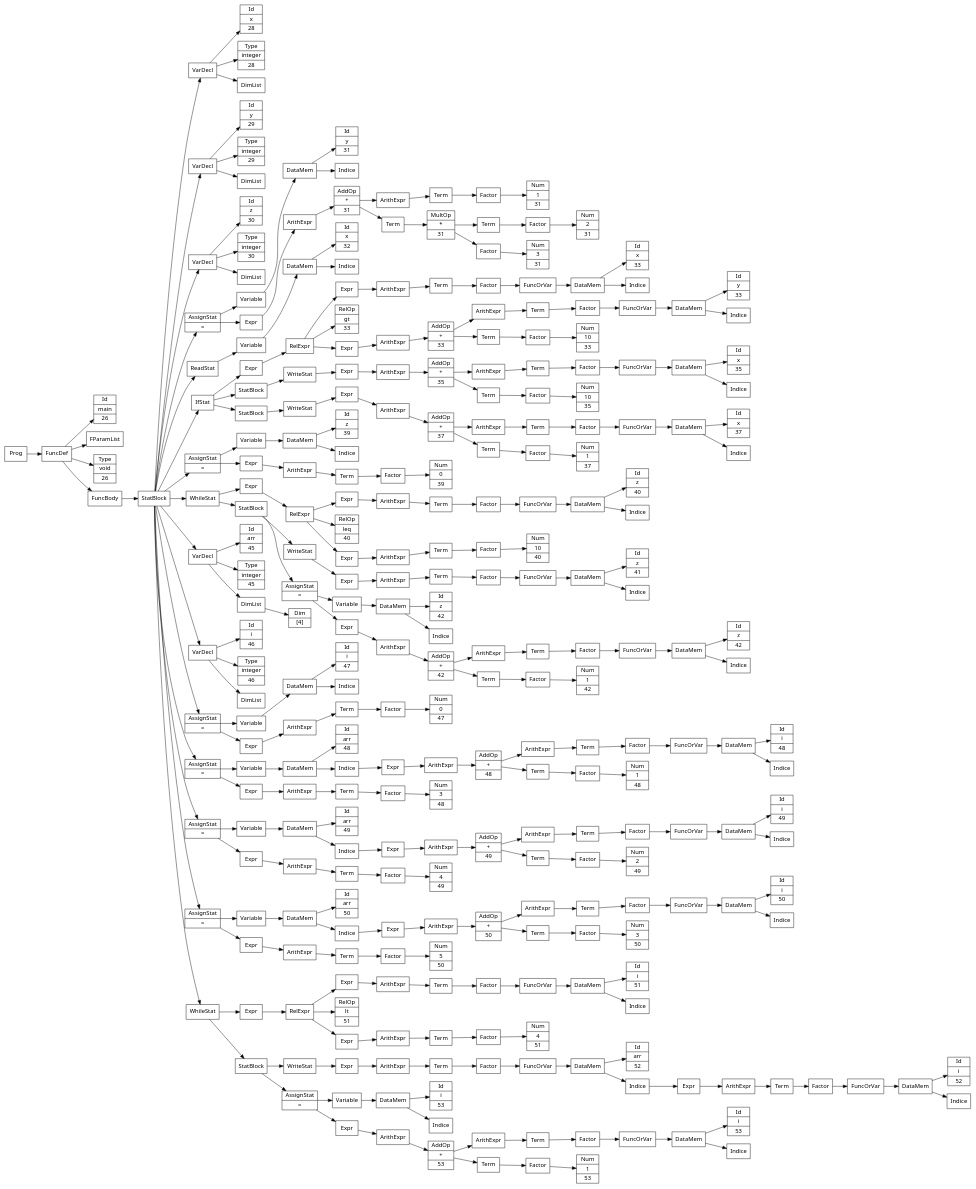
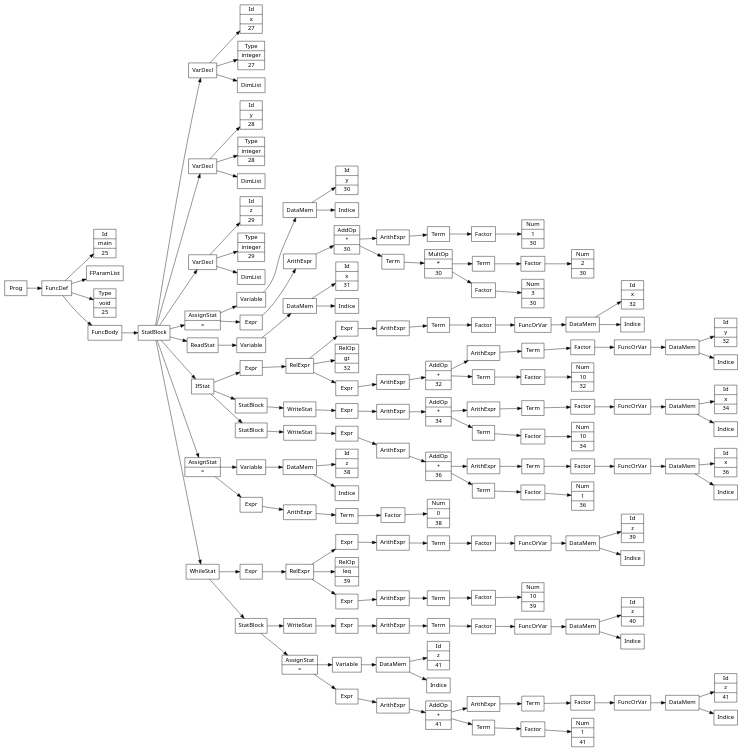
One commit to neonapinto/Compiler-Design---moon changed the diagram in testcases/CodeGeneration/simplemain.dot. Above: the diagram before and after it, drawn with Graphviz. The commit also changed 55 other files, not shown here.

```diff
--- a/testcases/CodeGeneration/simplemain.dot
+++ b/testcases/CodeGeneration/simplemain.dot
@@ -1,379 +1,202 @@
 digraph AST {
 node [shape=record];
 node [fontname=Sans];charset="UTF-8" splines=true splines=spline rankdir =LR
-1536 -> 1535 -> 1243;
-1243[label="Id | main | 26"]
-1535 -> 1244;
-1244[label="FParamList"]
-1535 -> 1245;
-1245[label="Type | void | 26"]
-1535 -> 1534 -> 1533 -> 1249 -> 1246;
-1246[label="Id | x | 28"]
-1249 -> 1247;
-1247[label="Type | integer | 28"]
-1249 -> 1248;
-1248[label="DimList"]
-1249[label="VarDecl"];
-1533 -> 1253 -> 1250;
-1250[label="Id | y | 29"]
-1253 -> 1251;
-1251[label="Type | integer | 29"]
-1253 -> 1252;
-1252[label="DimList"]
-1253[label="VarDecl"];
-1533 -> 1257 -> 1254;
-1254[label="Id | z | 30"]
-1257 -> 1255;
-1255[label="Type | integer | 30"]
-1257 -> 1256;
-1256[label="DimList"]
-1257[label="VarDecl"];
-1533 -> 1276 -> 1261 -> 1260 -> 1258;
-1258[label="Id | y | 31"]
-1260 -> 1259;
-1259[label="Indice"]
-1260[label="DataMem"];
-1261[label="Variable"];
-1276 -> 1275 -> 1274 -> 1266 -> 1265 -> 1264 -> 1263 -> 1262;
-1262[label="Num | 1 | 31"]
-1263[label="Factor"];
-1264[label="Term"];
-1265[label="ArithExpr"];
-1266 -> 1273 -> 1270 -> 1269 -> 1268 -> 1267;
-1267[label="Num | 2 | 31"]
-1268[label="Factor"];
-1269[label="Term"];
-1270 -> 1272 -> 1271;
-1271[label="Num | 3 | 31"]
-1272[label="Factor"];
-1270[label="MultOp | * | 31"];
-1273[label="Term"];
-1266[label="AddOp | + | 31"];
-1274[label="ArithExpr"];
-1275[label="Expr"];
-1276[label="AssignStat | ="];
-1533 -> 1281 -> 1280 -> 1279 -> 1277;
-1277[label="Id | x | 32"]
-1279 -> 1278;
-1278[label="Indice"]
-1279[label="DataMem"];
-1280[label="Variable"];
-1281[label="ReadStat"];
-1533 -> 1336 -> 1305 -> 1304 -> 1289 -> 1288 -> 1287 -> 1286 -> 1285 -> 1284 -> 1282;
-1282[label="Id | x | 33"]
-1284 -> 1283;
-1283[label="Indice"]
-1284[label="DataMem"];
-1285[label="FuncOrVar"];
-1286[label="Factor"];
-1287[label="Term"];
-1288[label="ArithExpr"];
-1289[label="Expr"];
-1304 -> 1290;
-1290[label="RelOp | gt | 33"]
-1304 -> 1303 -> 1302 -> 1298 -> 1297 -> 1296 -> 1295 -> 1294 -> 1293 -> 1291;
-1291[label="Id | y | 33"]
-1293 -> 1292;
-1292[label="Indice"]
-1293[label="DataMem"];
-1294[label="FuncOrVar"];
-1295[label="Factor"];
-1296[label="Term"];
-1297[label="ArithExpr"];
-1298 -> 1301 -> 1300 -> 1299;
-1299[label="Num | 10 | 33"]
-1300[label="Factor"];
-1301[label="Term"];
-1298[label="AddOp | + | 33"];
-1302[label="ArithExpr"];
+1393 -> 1392 -> 1241;
+1241[label="Id | main | 25"]
+1392 -> 1242;
+1242[label="FParamList"]
+1392 -> 1243;
+1243[label="Type | void | 25"]
+1392 -> 1391 -> 1390 -> 1247 -> 1244;
+1244[label="Id | x | 27"]
+1247 -> 1245;
+1245[label="Type | integer | 27"]
+1247 -> 1246;
+1246[label="DimList"]
+1247[label="VarDecl"];
+1390 -> 1251 -> 1248;
+1248[label="Id | y | 28"]
+1251 -> 1249;
+1249[label="Type | integer | 28"]
+1251 -> 1250;
+1250[label="DimList"]
+1251[label="VarDecl"];
+1390 -> 1255 -> 1252;
+1252[label="Id | z | 29"]
+1255 -> 1253;
+1253[label="Type | integer | 29"]
+1255 -> 1254;
+1254[label="DimList"]
+1255[label="VarDecl"];
+1390 -> 1274 -> 1259 -> 1258 -> 1256;
+1256[label="Id | y | 30"]
+1258 -> 1257;
+1257[label="Indice"]
+1258[label="DataMem"];
+1259[label="Variable"];
+1274 -> 1273 -> 1272 -> 1264 -> 1263 -> 1262 -> 1261 -> 1260;
+1260[label="Num | 1 | 30"]
+1261[label="Factor"];
+1262[label="Term"];
+1263[label="ArithExpr"];
+1264 -> 1271 -> 1268 -> 1267 -> 1266 -> 1265;
+1265[label="Num | 2 | 30"]
+1266[label="Factor"];
+1267[label="Term"];
+1268 -> 1270 -> 1269;
+1269[label="Num | 3 | 30"]
+1270[label="Factor"];
+1268[label="MultOp | * | 30"];
+1271[label="Term"];
+1264[label="AddOp | + | 30"];
+1272[label="ArithExpr"];
+1273[label="Expr"];
+1274[label="AssignStat | ="];
+1390 -> 1279 -> 1278 -> 1277 -> 1275;
+1275[label="Id | x | 31"]
+1277 -> 1276;
+1276[label="Indice"]
+1277[label="DataMem"];
+1278[label="Variable"];
+1279[label="ReadStat"];
+1390 -> 1334 -> 1303 -> 1302 -> 1287 -> 1286 -> 1285 -> 1284 -> 1283 -> 1282 -> 1280;
+1280[label="Id | x | 32"]
+1282 -> 1281;
+1281[label="Indice"]
+1282[label="DataMem"];
+1283[label="FuncOrVar"];
+1284[label="Factor"];
+1285[label="Term"];
+1286[label="ArithExpr"];
+1287[label="Expr"];
+1302 -> 1288;
+1288[label="RelOp | gt | 32"]
+1302 -> 1301 -> 1300 -> 1296 -> 1295 -> 1294 -> 1293 -> 1292 -> 1291 -> 1289;
+1289[label="Id | y | 32"]
+1291 -> 1290;
+1290[label="Indice"]
+1291[label="DataMem"];
+1292[label="FuncOrVar"];
+1293[label="Factor"];
+1294[label="Term"];
+1295[label="ArithExpr"];
+1296 -> 1299 -> 1298 -> 1297;
+1297[label="Num | 10 | 32"]
+1298[label="Factor"];
+1299[label="Term"];
+1296[label="AddOp | + | 32"];
+1300[label="ArithExpr"];
+1301[label="Expr"];
+1302[label="RelExpr"];
 1303[label="Expr"];
-1304[label="RelExpr"];
-1305[label="Expr"];
-1336 -> 1320 -> 1319 -> 1318 -> 1317 -> 1313 -> 1312 -> 1311 -> 1310 -> 1309 -> 1308 -> 1306;
-1306[label="Id | x | 35"]
-1308 -> 1307;
-1307[label="Indice"]
-1308[label="DataMem"];
-1309[label="FuncOrVar"];
-1310[label="Factor"];
-1311[label="Term"];
-1312[label="ArithExpr"];
-1313 -> 1316 -> 1315 -> 1314;
-1314[label="Num | 10 | 35"]
-1315[label="Factor"];
-1316[label="Term"];
-1313[label="AddOp | + | 35"];
-1317[label="ArithExpr"];
-1318[label="Expr"];
-1319[label="WriteStat"];
-1320[label="StatBlock"];
-1336 -> 1335 -> 1334 -> 1333 -> 1332 -> 1328 -> 1327 -> 1326 -> 1325 -> 1324 -> 1323 -> 1321;
-1321[label="Id | x | 37"]
-1323 -> 1322;
-1322[label="Indice"]
-1323[label="DataMem"];
-1324[label="FuncOrVar"];
-1325[label="Factor"];
-1326[label="Term"];
-1327[label="ArithExpr"];
-1328 -> 1331 -> 1330 -> 1329;
-1329[label="Num | 1 | 37"]
-1330[label="Factor"];
-1331[label="Term"];
-1328[label="AddOp | + | 37"];
-1332[label="ArithExpr"];
-1333[label="Expr"];
-1334[label="WriteStat"];
-1335[label="StatBlock"];
-1336[label="IfStat"];
-1533 -> 1346 -> 1340 -> 1339 -> 1337;
-1337[label="Id | z | 39"]
-1339 -> 1338;
-1338[label="Indice"]
-1339[label="DataMem"];
-1340[label="Variable"];
-1346 -> 1345 -> 1344 -> 1343 -> 1342 -> 1341;
-1341[label="Num | 0 | 39"]
-1342[label="Factor"];
-1343[label="Term"];
-1344[label="ArithExpr"];
-1345[label="Expr"];
-1346[label="AssignStat | ="];
-1533 -> 1391 -> 1362 -> 1361 -> 1354 -> 1353 -> 1352 -> 1351 -> 1350 -> 1349 -> 1347;
-1347[label="Id | z | 40"]
-1349 -> 1348;
-1348[label="Indice"]
-1349[label="DataMem"];
-1350[label="FuncOrVar"];
-1351[label="Factor"];
-1352[label="Term"];
-1353[label="ArithExpr"];
-1354[label="Expr"];
-1361 -> 1355;
-1355[label="RelOp | leq | 40"]
-1361 -> 1360 -> 1359 -> 1358 -> 1357 -> 1356;
-1356[label="Num | 10 | 40"]
-1357[label="Factor"];
-1358[label="Term"];
-1359[label="ArithExpr"];
+1334 -> 1318 -> 1317 -> 1316 -> 1315 -> 1311 -> 1310 -> 1309 -> 1308 -> 1307 -> 1306 -> 1304;
+1304[label="Id | x | 34"]
+1306 -> 1305;
+1305[label="Indice"]
+1306[label="DataMem"];
+1307[label="FuncOrVar"];
+1308[label="Factor"];
+1309[label="Term"];
+1310[label="ArithExpr"];
+1311 -> 1314 -> 1313 -> 1312;
+1312[label="Num | 10 | 34"]
+1313[label="Factor"];
+1314[label="Term"];
+1311[label="AddOp | + | 34"];
+1315[label="ArithExpr"];
+1316[label="Expr"];
+1317[label="WriteStat"];
+1318[label="StatBlock"];
+1334 -> 1333 -> 1332 -> 1331 -> 1330 -> 1326 -> 1325 -> 1324 -> 1323 -> 1322 -> 1321 -> 1319;
+1319[label="Id | x | 36"]
+1321 -> 1320;
+1320[label="Indice"]
+1321[label="DataMem"];
+1322[label="FuncOrVar"];
+1323[label="Factor"];
+1324[label="Term"];
+1325[label="ArithExpr"];
+1326 -> 1329 -> 1328 -> 1327;
+1327[label="Num | 1 | 36"]
+1328[label="Factor"];
+1329[label="Term"];
+1326[label="AddOp | + | 36"];
+1330[label="ArithExpr"];
+1331[label="Expr"];
+1332[label="WriteStat"];
+1333[label="StatBlock"];
+1334[label="IfStat"];
+1390 -> 1344 -> 1338 -> 1337 -> 1335;
+1335[label="Id | z | 38"]
+1337 -> 1336;
+1336[label="Indice"]
+1337[label="DataMem"];
+1338[label="Variable"];
+1344 -> 1343 -> 1342 -> 1341 -> 1340 -> 1339;
+1339[label="Num | 0 | 38"]
+1340[label="Factor"];
+1341[label="Term"];
+1342[label="ArithExpr"];
+1343[label="Expr"];
+1344[label="AssignStat | ="];
+1390 -> 1389 -> 1360 -> 1359 -> 1352 -> 1351 -> 1350 -> 1349 -> 1348 -> 1347 -> 1345;
+1345[label="Id | z | 39"]
+1347 -> 1346;
+1346[label="Indice"]
+1347[label="DataMem"];
+1348[label="FuncOrVar"];
+1349[label="Factor"];
+1350[label="Term"];
+1351[label="ArithExpr"];
+1352[label="Expr"];
+1359 -> 1353;
+1353[label="RelOp | leq | 39"]
+1359 -> 1358 -> 1357 -> 1356 -> 1355 -> 1354;
+1354[label="Num | 10 | 39"]
+1355[label="Factor"];
+1356[label="Term"];
+1357[label="ArithExpr"];
+1358[label="Expr"];
+1359[label="RelExpr"];
 1360[label="Expr"];
-1361[label="RelExpr"];
-1362[label="Expr"];
-1391 -> 1390 -> 1371 -> 1370 -> 1369 -> 1368 -> 1367 -> 1366 -> 1365 -> 1363;
-1363[label="Id | z | 41"]
-1365 -> 1364;
-1364[label="Indice"]
-1365[label="DataMem"];
-1366[label="FuncOrVar"];
-1367[label="Factor"];
-1368[label="Term"];
-1369[label="ArithExpr"];
-1370[label="Expr"];
-1371[label="WriteStat"];
-1390 -> 1389 -> 1375 -> 1374 -> 1372;
-1372[label="Id | z | 42"]
-1374 -> 1373;
-1373[label="Indice"]
-1374[label="DataMem"];
-1375[label="Variable"];
-1389 -> 1388 -> 1387 -> 1383 -> 1382 -> 1381 -> 1380 -> 1379 -> 1378 -> 1376;
-1376[label="Id | z | 42"]
-1378 -> 1377;
-1377[label="Indice"]
-1378[label="DataMem"];
-1379[label="FuncOrVar"];
-1380[label="Factor"];
-1381[label="Term"];
-1382[label="ArithExpr"];
-1383 -> 1386 -> 1385 -> 1384;
-1384[label="Num | 1 | 42"]
-1385[label="Factor"];
-1386[label="Term"];
-1383[label="AddOp | + | 42"];
-1387[label="ArithExpr"];
-1388[label="Expr"];
-1389[label="AssignStat | ="];
+1389 -> 1388 -> 1369 -> 1368 -> 1367 -> 1366 -> 1365 -> 1364 -> 1363 -> 1361;
+1361[label="Id | z | 40"]
+1363 -> 1362;
+1362[label="Indice"]
+1363[label="DataMem"];
+1364[label="FuncOrVar"];
+1365[label="Factor"];
+1366[label="Term"];
+1367[label="ArithExpr"];
+1368[label="Expr"];
+1369[label="WriteStat"];
+1388 -> 1387 -> 1373 -> 1372 -> 1370;
+1370[label="Id | z | 41"]
+1372 -> 1371;
+1371[label="Indice"]
+1372[label="DataMem"];
+1373[label="Variable"];
+1387 -> 1386 -> 1385 -> 1381 -> 1380 -> 1379 -> 1378 -> 1377 -> 1376 -> 1374;
+1374[label="Id | z | 41"]
+1376 -> 1375;
+1375[label="Indice"]
+1376[label="DataMem"];
+1377[label="FuncOrVar"];
+1378[label="Factor"];
+1379[label="Term"];
+1380[label="ArithExpr"];
+1381 -> 1384 -> 1383 -> 1382;
+1382[label="Num | 1 | 41"]
+1383[label="Factor"];
+1384[label="Term"];
+1381[label="AddOp | + | 41"];
+1385[label="ArithExpr"];
+1386[label="Expr"];
+1387[label="AssignStat | ="];
+1388[label="StatBlock"];
+1389[label="WhileStat"];
 1390[label="StatBlock"];
-1391[label="WhileStat"];
-1533 -> 1396 -> 1392;
-1392[label="Id | arr | 45"]
-1396 -> 1393;
-1393[label="Type | integer | 45"]
-1396 -> 1395 -> 1394;
-1394[label="Dim | [4]"]
-1395[label="DimList"];
-1396[label="VarDecl"];
-1533 -> 1400 -> 1397;
-1397[label="Id | i | 46"]
-1400 -> 1398;
-1398[label="Type | integer | 46"]
-1400 -> 1399;
-1399[label="DimList"]
-1400[label="VarDecl"];
-1533 -> 1410 -> 1404 -> 1403 -> 1401;
-1401[label="Id | i | 47"]
-1403 -> 1402;
-1402[label="Indice"]
-1403[label="DataMem"];
-1404[label="Variable"];
-1410 -> 1409 -> 1408 -> 1407 -> 1406 -> 1405;
-1405[label="Num | 0 | 47"]
-1406[label="Factor"];
-1407[label="Term"];
-1408[label="ArithExpr"];
-1409[label="Expr"];
-1410[label="AssignStat | ="];
-1533 -> 1433 -> 1427 -> 1426 -> 1411;
-1411[label="Id | arr | 48"]
-1426 -> 1425 -> 1424 -> 1423 -> 1419 -> 1418 -> 1417 -> 1416 -> 1415 -> 1414 -> 1412;
-1412[label="Id | i | 48"]
-1414 -> 1413;
-1413[label="Indice"]
-1414[label="DataMem"];
-1415[label="FuncOrVar"];
-1416[label="Factor"];
-1417[label="Term"];
-1418[label="ArithExpr"];
-1419 -> 1422 -> 1421 -> 1420;
-1420[label="Num | 1 | 48"]
-1421[label="Factor"];
-1422[label="Term"];
-1419[label="AddOp | + | 48"];
-1423[label="ArithExpr"];
-1424[label="Expr"];
-1425[label="Indice"];
-1426[label="DataMem"];
-1427[label="Variable"];
-1433 -> 1432 -> 1431 -> 1430 -> 1429 -> 1428;
-1428[label="Num | 3 | 48"]
-1429[label="Factor"];
-1430[label="Term"];
-1431[label="ArithExpr"];
-1432[label="Expr"];
-1433[label="AssignStat | ="];
-1533 -> 1456 -> 1450 -> 1449 -> 1434;
-1434[label="Id | arr | 49"]
-1449 -> 1448 -> 1447 -> 1446 -> 1442 -> 1441 -> 1440 -> 1439 -> 1438 -> 1437 -> 1435;
-1435[label="Id | i | 49"]
-1437 -> 1436;
-1436[label="Indice"]
-1437[label="DataMem"];
-1438[label="FuncOrVar"];
-1439[label="Factor"];
-1440[label="Term"];
-1441[label="ArithExpr"];
-1442 -> 1445 -> 1444 -> 1443;
-1443[label="Num | 2 | 49"]
-1444[label="Factor"];
-1445[label="Term"];
-1442[label="AddOp | + | 49"];
-1446[label="ArithExpr"];
-1447[label="Expr"];
-1448[label="Indice"];
-1449[label="DataMem"];
-1450[label="Variable"];
-1456 -> 1455 -> 1454 -> 1453 -> 1452 -> 1451;
-1451[label="Num | 4 | 49"]
-1452[label="Factor"];
-1453[label="Term"];
-1454[label="ArithExpr"];
-1455[label="Expr"];
-1456[label="AssignStat | ="];
-1533 -> 1479 -> 1473 -> 1472 -> 1457;
-1457[label="Id | arr | 50"]
-1472 -> 1471 -> 1470 -> 1469 -> 1465 -> 1464 -> 1463 -> 1462 -> 1461 -> 1460 -> 1458;
-1458[label="Id | i | 50"]
-1460 -> 1459;
-1459[label="Indice"]
-1460[label="DataMem"];
-1461[label="FuncOrVar"];
-1462[label="Factor"];
-1463[label="Term"];
-1464[label="ArithExpr"];
-1465 -> 1468 -> 1467 -> 1466;
-1466[label="Num | 3 | 50"]
-1467[label="Factor"];
-1468[label="Term"];
-1465[label="AddOp | + | 50"];
-1469[label="ArithExpr"];
-1470[label="Expr"];
-1471[label="Indice"];
-1472[label="DataMem"];
-1473[label="Variable"];
-1479 -> 1478 -> 1477 -> 1476 -> 1475 -> 1474;
-1474[label="Num | 5 | 50"]
-1475[label="Factor"];
-1476[label="Term"];
-1477[label="ArithExpr"];
-1478[label="Expr"];
-1479[label="AssignStat | ="];
-1533 -> 1532 -> 1495 -> 1494 -> 1487 -> 1486 -> 1485 -> 1484 -> 1483 -> 1482 -> 1480;
-1480[label="Id | i | 51"]
-1482 -> 1481;
-1481[label="Indice"]
-1482[label="DataMem"];
-1483[label="FuncOrVar"];
-1484[label="Factor"];
-1485[label="Term"];
-1486[label="ArithExpr"];
-1487[label="Expr"];
-1494 -> 1488;
-1488[label="RelOp | lt | 51"]
-1494 -> 1493 -> 1492 -> 1491 -> 1490 -> 1489;
-1489[label="Num | 4 | 51"]
-1490[label="Factor"];
-1491[label="Term"];
-1492[label="ArithExpr"];
-1493[label="Expr"];
-1494[label="RelExpr"];
-1495[label="Expr"];
-1532 -> 1531 -> 1512 -> 1511 -> 1510 -> 1509 -> 1508 -> 1507 -> 1506 -> 1496;
-1496[label="Id | arr | 52"]
-1506 -> 1505 -> 1504 -> 1503 -> 1502 -> 1501 -> 1500 -> 1499 -> 1497;
-1497[label="Id | i | 52"]
-1499 -> 1498;
-1498[label="Indice"]
-1499[label="DataMem"];
-1500[label="FuncOrVar"];
-1501[label="Factor"];
-1502[label="Term"];
-1503[label="ArithExpr"];
-1504[label="Expr"];
-1505[label="Indice"];
-1506[label="DataMem"];
-1507[label="FuncOrVar"];
-1508[label="Factor"];
-1509[label="Term"];
-1510[label="ArithExpr"];
-1511[label="Expr"];
-1512[label="WriteStat"];
-1531 -> 1530 -> 1516 -> 1515 -> 1513;
-1513[label="Id | i | 53"]
-1515 -> 1514;
-1514[label="Indice"]
-1515[label="DataMem"];
-1516[label="Variable"];
-1530 -> 1529 -> 1528 -> 1524 -> 1523 -> 1522 -> 1521 -> 1520 -> 1519 -> 1517;
-1517[label="Id | i | 53"]
-1519 -> 1518;
-1518[label="Indice"]
-1519[label="DataMem"];
-1520[label="FuncOrVar"];
-1521[label="Factor"];
-1522[label="Term"];
-1523[label="ArithExpr"];
-1524 -> 1527 -> 1526 -> 1525;
-1525[label="Num | 1 | 53"]
-1526[label="Factor"];
-1527[label="Term"];
-1524[label="AddOp | + | 53"];
-1528[label="ArithExpr"];
-1529[label="Expr"];
-1530[label="AssignStat | ="];
-1531[label="StatBlock"];
-1532[label="WhileStat"];
-1533[label="StatBlock"];
-1534[label="FuncBody"];
-1535[label="FuncDef"];
-1536[label="Prog"];
+1391[label="FuncBody"];
+1392[label="FuncDef"];
+1393[label="Prog"];
 }
```
